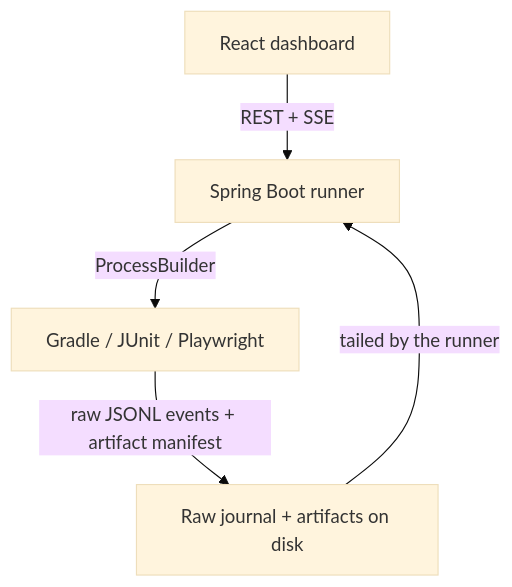
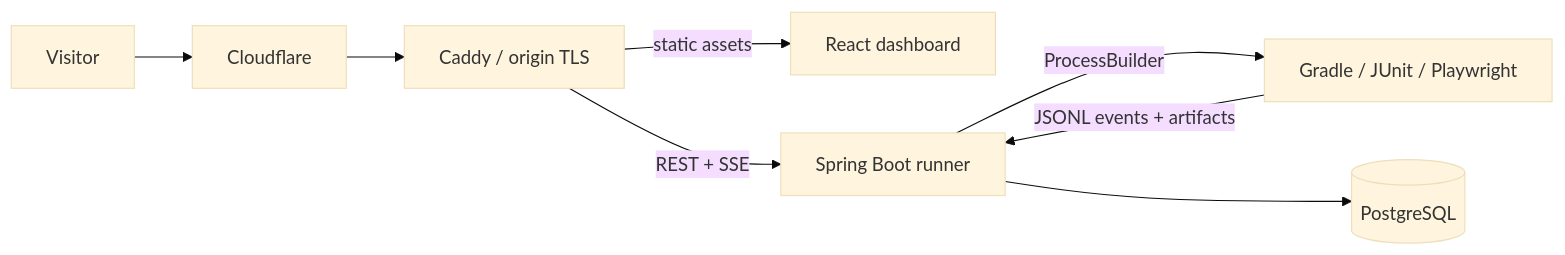
The diagram in README.md (NemanjaVlaisavljevic/playwright-automation-framework), drawn with Mermaid (base theme) before and after one commit. The commit also changed other lines of this file, not shown here.

````diff
--- a/README.md
+++ b/README.md
@@ -55,7 +48,10 @@
 ```mermaid
-flowchart TD
-    A["React dashboard"] -->|"REST + SSE"| B["Spring Boot runner"]
-    B -->|"ProcessBuilder"| C["Gradle / JUnit / Playwright"]
-    C -->|"raw JSONL events + artifact manifest"| S["Raw journal + artifacts on disk"]
-    S -->|"tailed by the runner"| B
+flowchart LR
+    V["Visitor"] --> CF["Cloudflare"]
+    CF --> C["Caddy / origin TLS"]
+    C -->|"static assets"| UI["React dashboard"]
+    C -->|"REST + SSE"| R["Spring Boot runner"]
+    R -->|"ProcessBuilder"| T["Gradle / JUnit / Playwright"]
+    T -->|"JSONL events + artifacts"| R
+    R --> P[("PostgreSQL")]
 ```
````
